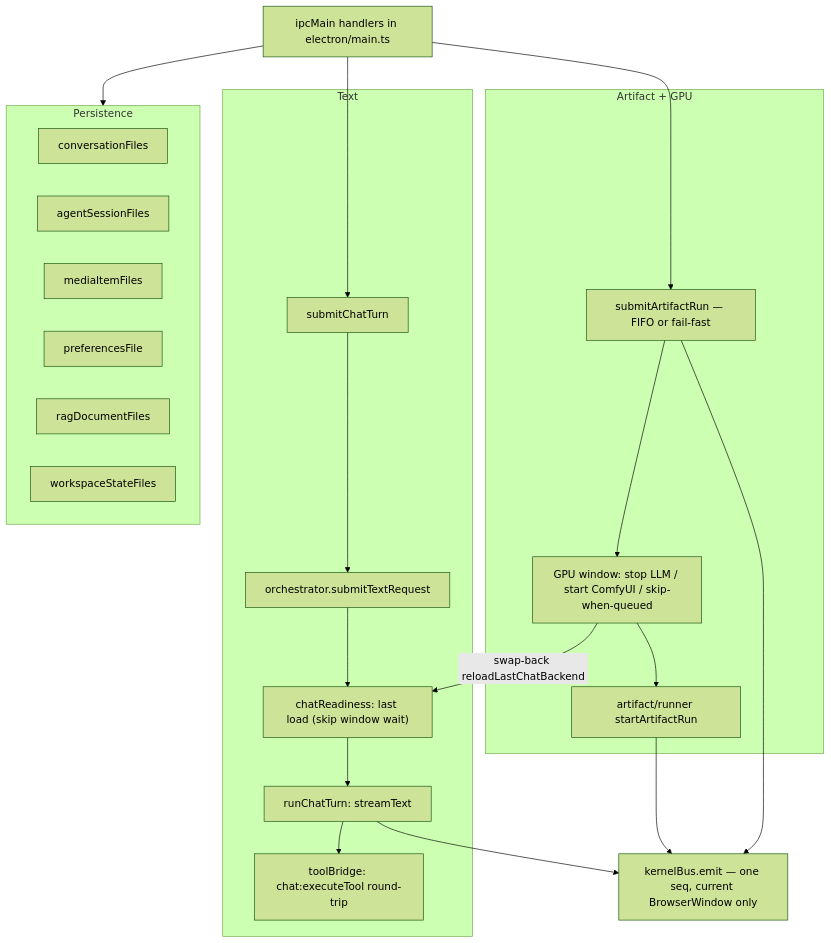
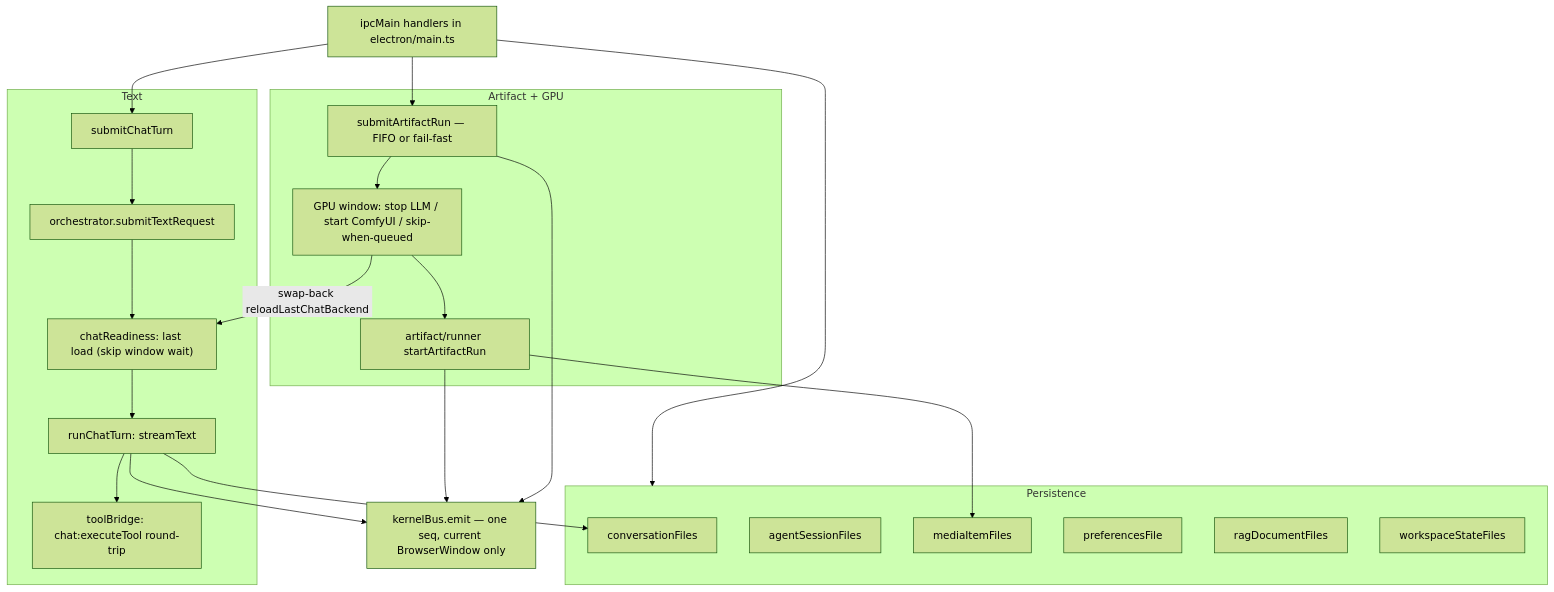
The third of 7 diagrams in docs/architecture-as-landed.md (TNG/AI-Playground), drawn with Mermaid (forest theme) before and after one commit. The commit also changed other lines of this file and 17 other files, not shown here.

````diff
--- a/docs/architecture-as-landed.md
+++ b/docs/architecture-as-landed.md
@@ -150,40 +168,42 @@
 ```mermaid
 flowchart TB
   ipc["ipcMain handlers in electron/main.ts"]
 
   subgraph textPath["Text"]
     submit["submitChatTurn"]
     occ["orchestrator.submitTextRequest"]
     ready["chatReadiness: last load (skip window wait)"]
     engine["runChatTurn: streamText"]
     tools["toolBridge: chat:executeTool round-trip"]
     submit --> occ --> ready --> engine
     engine --> tools
   end
 
   subgraph mediaPath["Artifact + GPU"]
     oq["submitArtifactRun — FIFO or fail-fast"]
     gpu["GPU window: stop LLM / start ComfyUI / skip-when-queued"]
     runner["artifact/runner startArtifactRun"]
     oq --> gpu --> runner
     gpu -->|"swap-back reloadLastChatBackend"| ready
   end
 
   subgraph persistPath["Persistence"]
     conv["conversationFiles"]
     sess["agentSessionFiles"]
     mediaF["mediaItemFiles"]
     prefs["preferencesFile"]
     rag["ragDocumentFiles"]
     ws["workspaceStateFiles"]
   end
 
   bus["kernelBus.emit — one seq, current BrowserWindow only"]
 
   ipc --> submit
   ipc --> oq
   ipc --> persistPath
   engine --> bus
+  engine --> conv
   runner --> bus
+  runner --> mediaF
   oq --> bus
 ```
````
